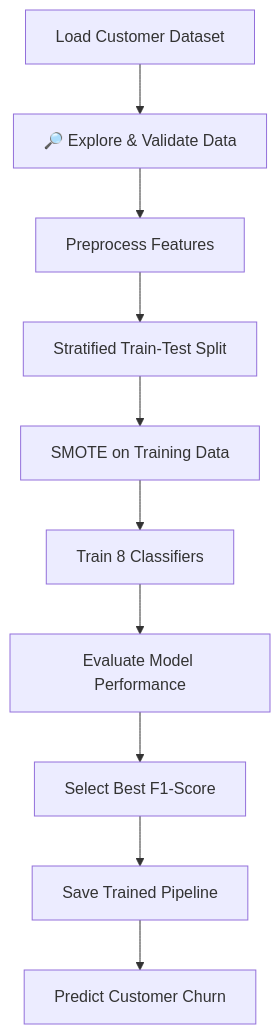
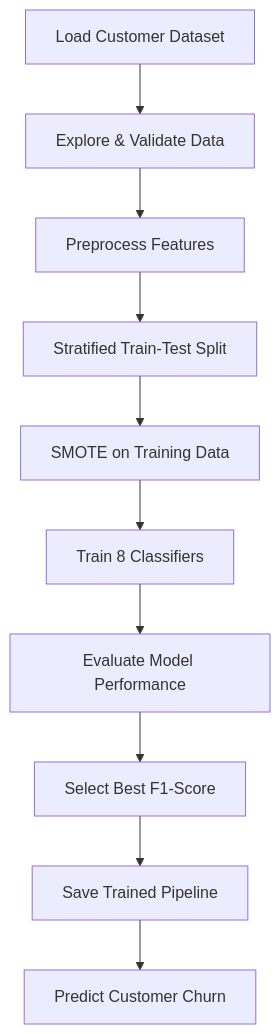
The diagram in README.md (vismayab21/customer-churn-prediction), drawn with Mermaid before and after one commit.

Commit message:
Fix formatting in Machine Learning Workflow diagram

````diff
--- a/README.md
+++ b/README.md
@@ -148,12 +148,12 @@
 ```mermaid
 flowchart TD
-    A[" Load Customer Dataset"] --> B["🔎 Explore & Validate Data"]
+    A[" Load Customer Dataset"] --> B[" Explore & Validate Data"]
     B --> C[" Preprocess Features"]
     C --> D[" Stratified Train-Test Split"]
     D --> E[" SMOTE on Training Data"]
     E --> F[" Train 8 Classifiers"]
     F --> G[" Evaluate Model Performance"]
     G --> H[" Select Best F1-Score"]
     H --> I[" Save Trained Pipeline"]
     I --> J[" Predict Customer Churn"]
 ```
````
